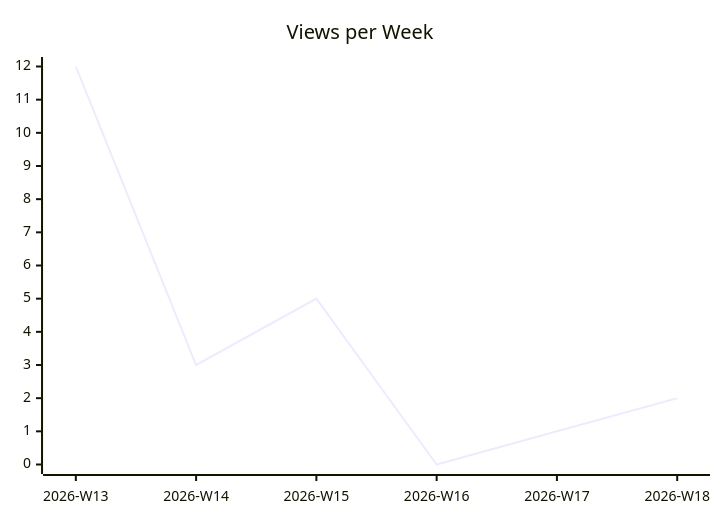
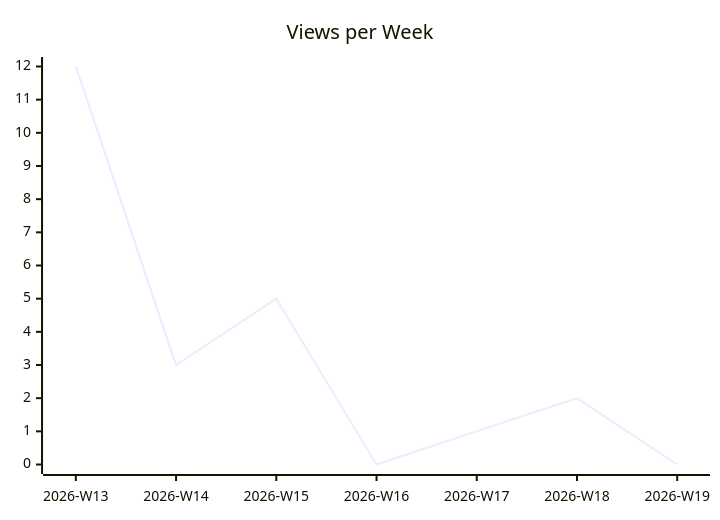
Before and after one commit to justdavis-family/github-analytics-data: the second of 3 diagrams in karlmdavis/xmlpull/README.md, drawn with Mermaid. The commit also changed other lines of this file and 187 other files, not shown here.

````diff
--- a/karlmdavis/xmlpull/README.md
+++ b/karlmdavis/xmlpull/README.md
@@ -12,6 +12,6 @@
 ```mermaid
 xychart-beta
   title "Views per Week"
-  x-axis ["2026-W13", "2026-W14", "2026-W15", "2026-W16", "2026-W17", "2026-W18"]
-  line [12, 3, 5, 0, 1, 2]
+  x-axis ["2026-W13", "2026-W14", "2026-W15", "2026-W16", "2026-W17", "2026-W18", "2026-W19"]
+  line [12, 3, 5, 0, 1, 2, 0]
 ```
````
